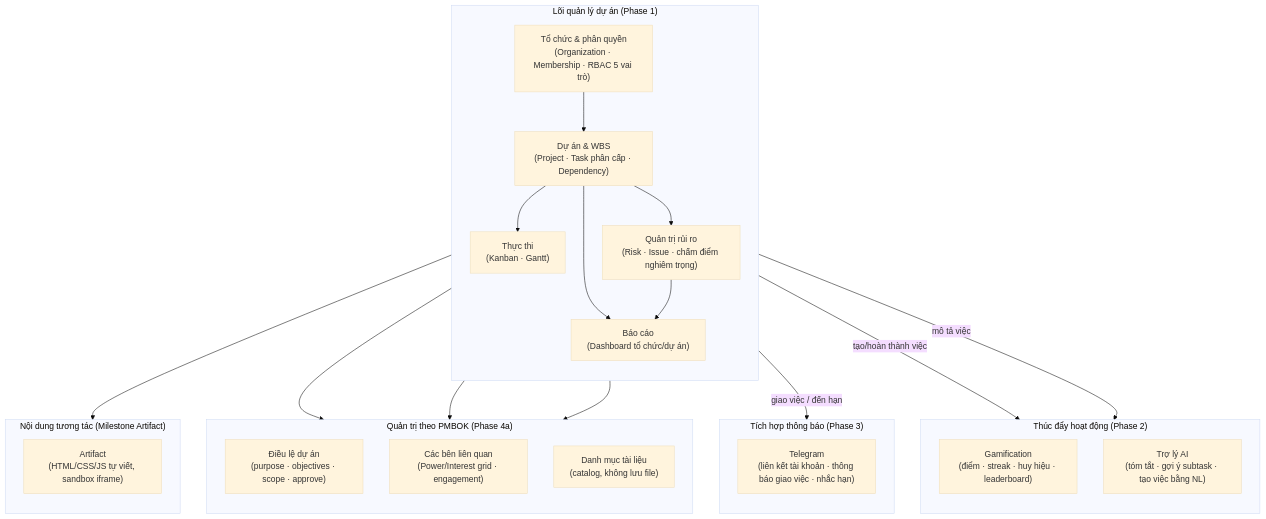
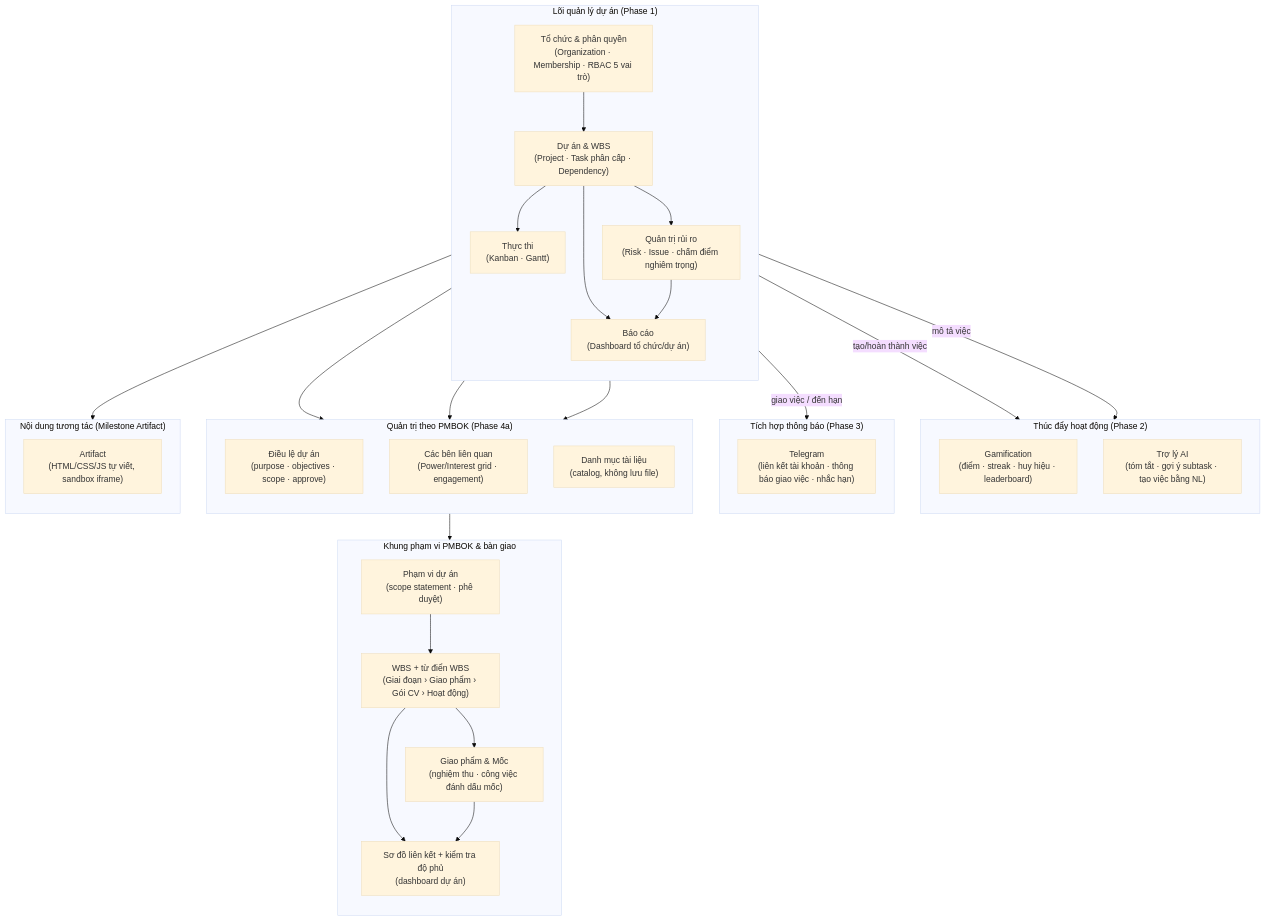
Before and after one commit to greyhub/pmtool: the first of 14 diagrams in docs/kien-truc.md, drawn with Mermaid (base theme). The commit also changed other lines of this file and 52 other files, not shown here.

````diff
--- a/docs/kien-truc.md
+++ b/docs/kien-truc.md
@@ -20,42 +21,53 @@
 ```mermaid
 flowchart TD
     subgraph CORE["Lõi quản lý dự án (Phase 1)"]
         direction TB
         C1["Tổ chức & phân quyền<br/>(Organization · Membership · RBAC 5 vai trò)"]
         C2["Dự án & WBS<br/>(Project · Task phân cấp · Dependency)"]
         C3["Thực thi<br/>(Kanban · Gantt)"]
         C4["Quản trị rủi ro<br/>(Risk · Issue · chấm điểm nghiêm trọng)"]
         C5["Báo cáo<br/>(Dashboard tổ chức/dự án)"]
     end
     subgraph ENGAGE["Thúc đẩy hoạt động (Phase 2)"]
         direction TB
         E1["Gamification<br/>(điểm · streak · huy hiệu · leaderboard)"]
         E2["Trợ lý AI<br/>(tóm tắt · gợi ý subtask · tạo việc bằng NL)"]
     end
     subgraph NOTIFY["Tích hợp thông báo (Phase 3)"]
         direction TB
         N1["Telegram<br/>(liên kết tài khoản · thông báo giao việc · nhắc hạn)"]
     end
     subgraph GOVERN["Quản trị theo PMBOK (Phase 4a)"]
         direction TB
         G1["Điều lệ dự án<br/>(purpose · objectives · scope · approve)"]
         G2["Các bên liên quan<br/>(Power/Interest grid · engagement)"]
         G3["Danh mục tài liệu<br/>(catalog, không lưu file)"]
     end
+    subgraph SCOPE["Khung phạm vi PMBOK & bàn giao"]
+        direction TB
+        S1["Phạm vi dự án<br/>(scope statement · phê duyệt)"]
+        S2["WBS + từ điển WBS<br/>(Giai đoạn › Giao phẩm › Gói CV › Hoạt động)"]
+        S3["Giao phẩm & Mốc<br/>(nghiệm thu · công việc đánh dấu mốc)"]
+        S4["Sơ đồ liên kết + kiểm tra độ phủ<br/>(dashboard dự án)"]
+    end
     subgraph EMBED["Nội dung tương tác (Milestone Artifact)"]
         direction TB
         A1["Artifact<br/>(HTML/CSS/JS tự viết, sandbox iframe)"]
     end
 
     C1 --> C2
     C2 --> C3
     C2 --> C4
     C2 & C4 --> C5
     C2 -- "tạo/hoàn thành việc" --> E1
     C2 -- "mô tả việc" --> E2
     C2 -- "giao việc / đến hạn" --> N1
     C2 --> G1
     C2 --> G2
     C2 --> G3
     C2 --> A1
+    G1 --> S1
+    S1 --> S2
+    S2 --> S3
+    S2 & S3 --> S4
 ```
````
